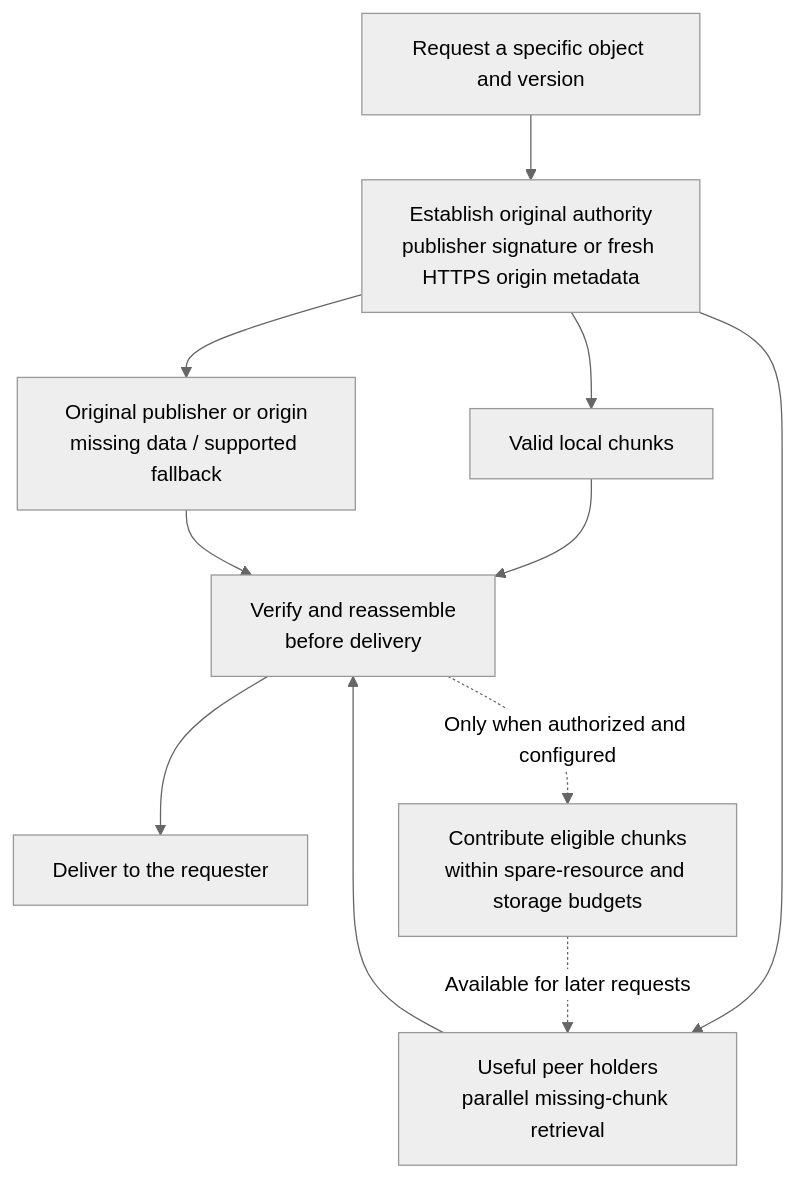
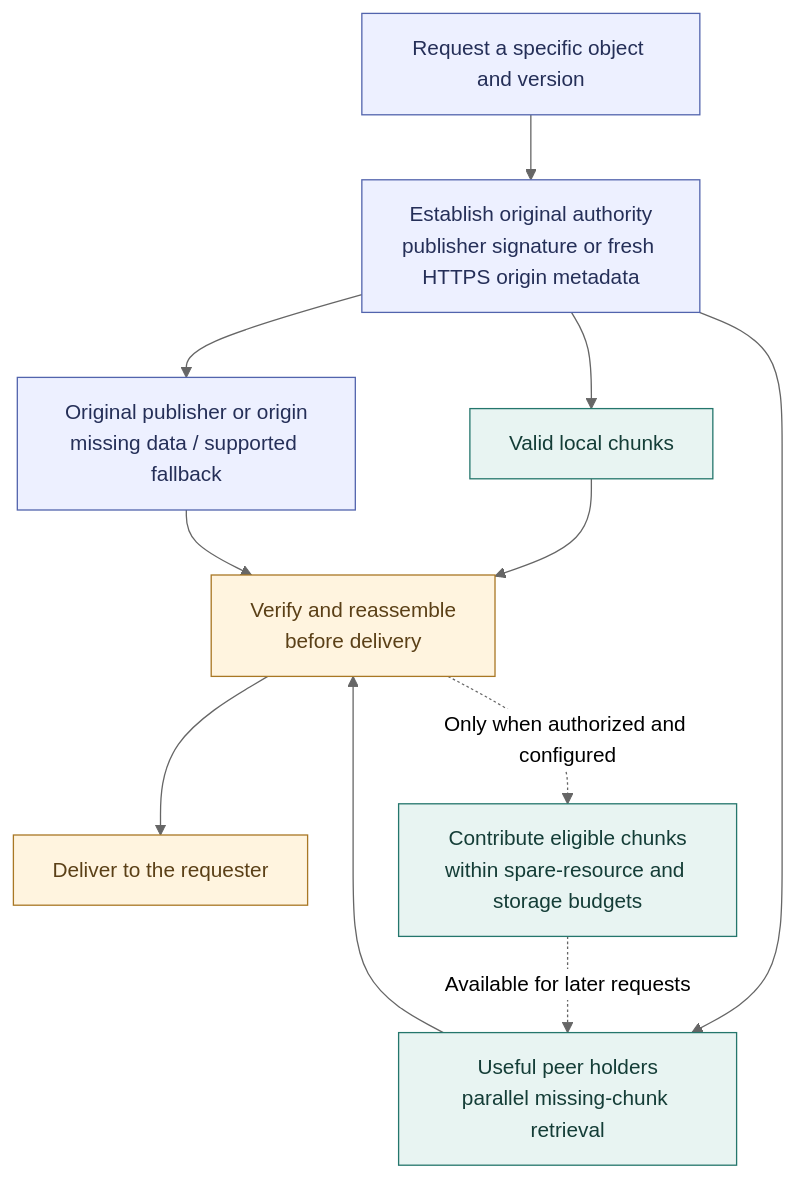
The second of 4 diagrams in README.md (VOLPAROSSA/volparossa), drawn with Mermaid (neutral theme) before and after one commit. The commit also changed other lines of this file, not shown here.

````diff
--- a/README.md
+++ b/README.md
@@ -116,22 +142,29 @@
 ```mermaid
 flowchart TB
     Q["Request a specific object and version"]
     A["Establish original authority<br/>publisher signature or fresh HTTPS origin metadata"]
     L["Valid local chunks"]
     P["Useful peer holders<br/>parallel missing-chunk retrieval"]
     O["Original publisher or origin<br/>missing data / supported fallback"]
     V["Verify and reassemble<br/>before delivery"]
     U["Deliver to the requester"]
     S["Contribute eligible chunks<br/>within spare-resource and storage budgets"]
 
     Q --> A
     A --> L
     A --> P
     A --> O
     L --> V
     P --> V
     O --> V
     V --> U
     V -.->|"Only when authorized and configured"| S
     S -.->|"Available for later requests"| P
+
+    classDef source fill:#edf0ff,stroke:#5264ad,color:#252f58;
+    classDef shared fill:#e8f4f2,stroke:#24766c,color:#143d37;
+    classDef verified fill:#fff4df,stroke:#a97724,color:#5b4017;
+    class Q,A,O source;
+    class L,P,S shared;
+    class V,U verified;
 ```
````
